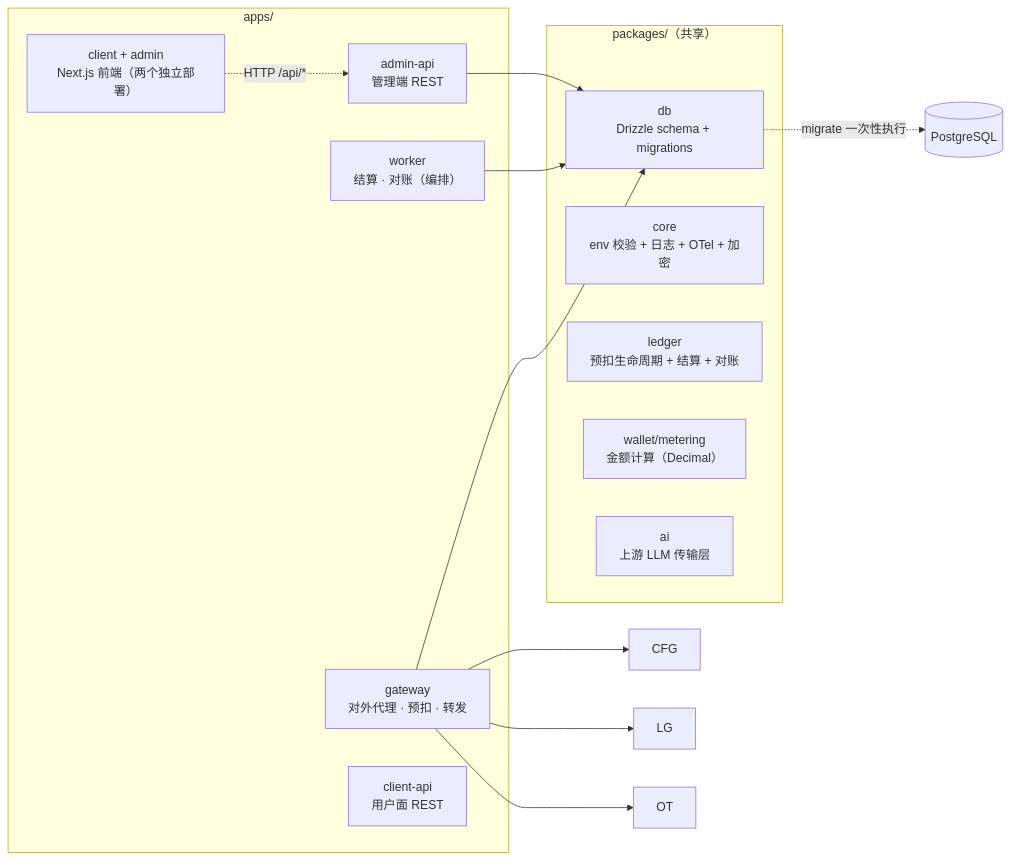
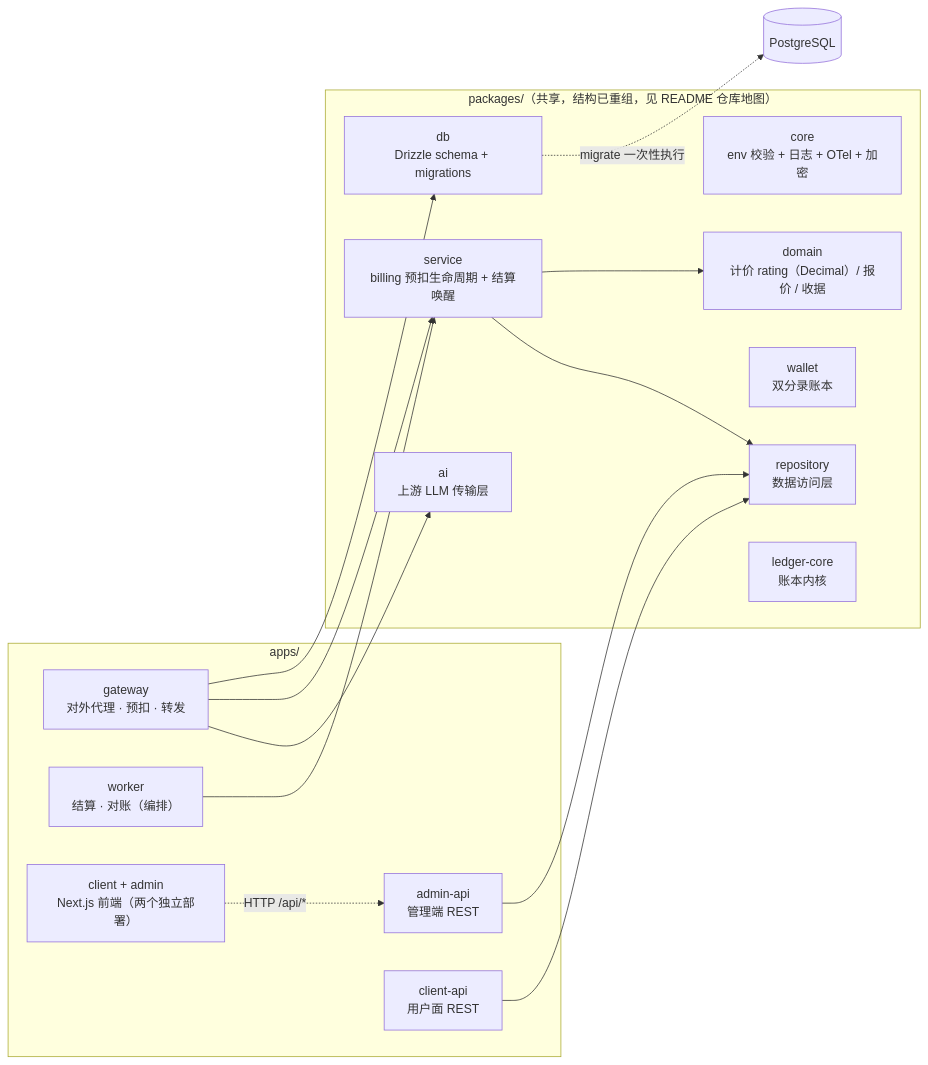
One commit to renxqoo/Tillgate changed the second of 8 diagrams in docs/architecture.md. Above: the diagram before and after it, drawn with Mermaid. The commit also changed other lines of this file and 13 other files, not shown here.

````diff
--- a/docs/architecture.md
+++ b/docs/architecture.md
@@ -81,25 +81,30 @@
 ```mermaid
 flowchart LR
     subgraph APPS["apps/"]
         GW["gateway<br/>对外代理 · 预扣 · 转发"]
         WK["worker<br/>结算 · 对账（编排）"]
         ADM["admin-api<br/>管理端 REST"]
         CA["client-api<br/>用户面 REST"]
         CS["client + admin<br/>Next.js 前端（两个独立部署）"]
     end
-    subgraph PKGS["packages/（共享）"]
+    subgraph PKGS["packages/（共享，结构已重组，见 README 仓库地图）"]
         DB["db<br/>Drizzle schema + migrations"]
         CORE["core<br/>env 校验 + 日志 + OTel + 加密"]
-        LEDGER["ledger<br/>预扣生命周期 + 结算 + 对账"]
-        WALLETM["wallet/metering<br/>金额计算（Decimal）"]
+        DOMAIN["domain<br/>计价 rating（Decimal）/ 报价 / 收据"]
+        SERVICE["service<br/>billing 预扣生命周期 + 结算唤醒"]
+        WALLET["wallet<br/>双分录账本"]
+        REPO["repository<br/>数据访问层"]
+        LEDGERCORE["ledger-core<br/>账本内核"]
         AI["ai<br/>上游 LLM 传输层"]
     end
     GW --> DB
-    GW --> CFG
-    GW --> LG
-    GW --> OT
-    WK --> DB
-    ADM --> DB
+    GW --> SERVICE
+    GW --> AI
+    WK --> SERVICE
+    ADM --> REPO
+    CA --> REPO
+    SERVICE --> DOMAIN
+    SERVICE --> REPO
     CS -.->|"HTTP /api/*"| ADM
     DB -.->|"migrate 一次性执行"| PG[("PostgreSQL")]
 ```
````
